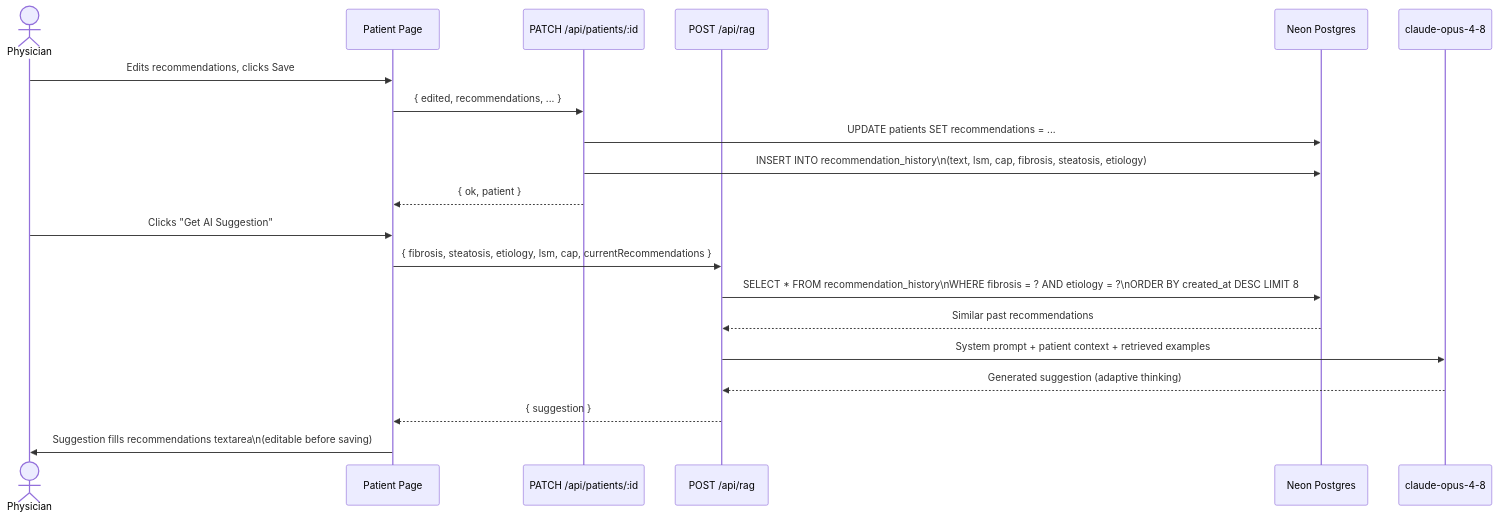
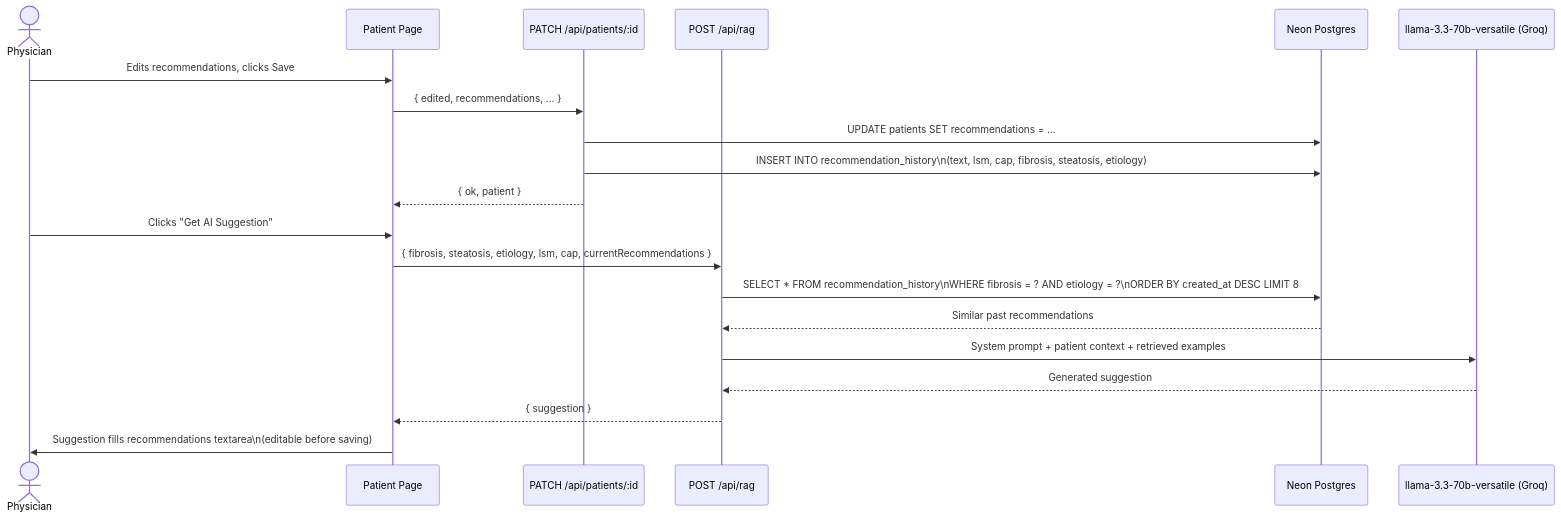
One commit to srak71/FibroReview2 changed the second of 4 diagrams in README.md. Above: the diagram before and after it, drawn with Mermaid. The commit also changed other lines of this file and 1 other file, not shown here.

First line of the commit message:
Update README to reflect Groq/Llama instead of Anthropic/Claude

````diff
--- a/README.md
+++ b/README.md
@@ -52,24 +52,24 @@
 ```mermaid
 sequenceDiagram
     actor Physician
     participant Page as Patient Page
     participant PATCH as PATCH /api/patients/:id
     participant RAG as POST /api/rag
     participant DB as Neon Postgres
-    participant Claude as claude-opus-4-8
+    participant Groq as llama-3.3-70b-versatile (Groq)
 
     Physician->>Page: Edits recommendations, clicks Save
     Page->>PATCH: { edited, recommendations, ... }
     PATCH->>DB: UPDATE patients SET recommendations = ...
     PATCH->>DB: INSERT INTO recommendation_history\n(text, lsm, cap, fibrosis, steatosis, etiology)
     PATCH-->>Page: { ok, patient }
 
     Physician->>Page: Clicks "Get AI Suggestion"
     Page->>RAG: { fibrosis, steatosis, etiology, lsm, cap, currentRecommendations }
     RAG->>DB: SELECT * FROM recommendation_history\nWHERE fibrosis = ? AND etiology = ?\nORDER BY created_at DESC LIMIT 8
     DB-->>RAG: Similar past recommendations
-    RAG->>Claude: System prompt + patient context + retrieved examples
-    Claude-->>RAG: Generated suggestion (adaptive thinking)
+    RAG->>Groq: System prompt + patient context + retrieved examples
+    Groq-->>RAG: Generated suggestion
     RAG-->>Page: { suggestion }
     Page->>Physician: Suggestion fills recommendations textarea\n(editable before saving)
 ```
````
